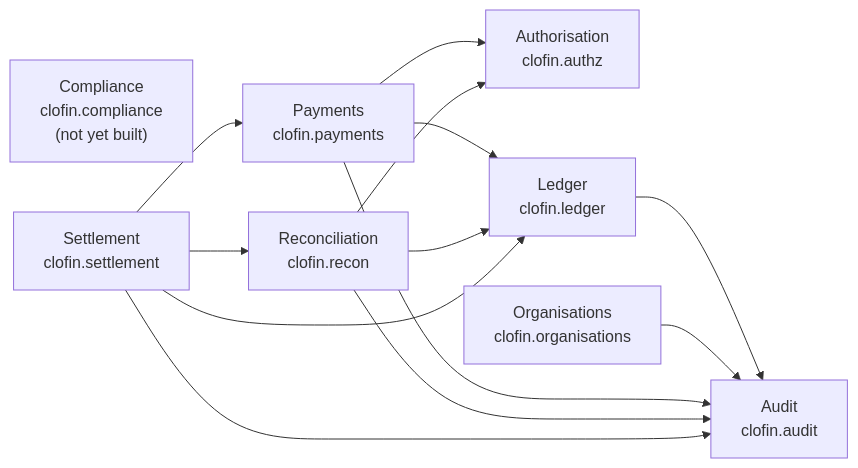
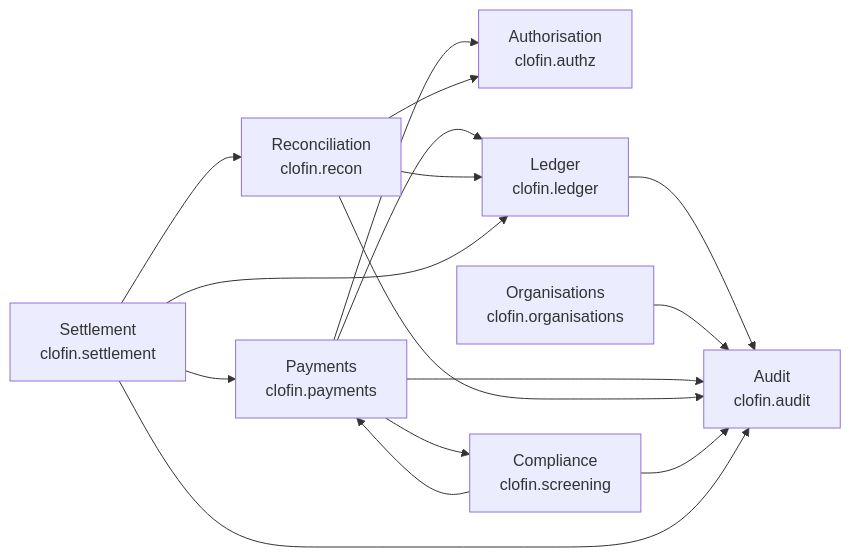
Before and after one commit to EchoJustus/clofin-core: the diagram in docs/diagrams/context-topology.md, drawn with Mermaid. The commit also changed 50 other files, not shown here.

````diff
--- a/docs/diagrams/context-topology.md
+++ b/docs/diagrams/context-topology.md
@@ -13,24 +13,27 @@
 ```mermaid
 flowchart LR
     clofin_audit["Audit<br/>clofin.audit"]
     clofin_authz["Authorisation<br/>clofin.authz"]
-    clofin_compliance["Compliance<br/>clofin.compliance<br/>(not yet built)"]
     clofin_ledger["Ledger<br/>clofin.ledger"]
     clofin_organisations["Organisations<br/>clofin.organisations"]
     clofin_payments["Payments<br/>clofin.payments"]
     clofin_recon["Reconciliation<br/>clofin.recon"]
+    clofin_screening["Compliance<br/>clofin.screening"]
     clofin_settlement["Settlement<br/>clofin.settlement"]
 
     clofin_ledger --> clofin_audit
     clofin_organisations --> clofin_audit
     clofin_payments --> clofin_audit
     clofin_payments --> clofin_authz
     clofin_payments --> clofin_ledger
+    clofin_payments --> clofin_screening
     clofin_recon --> clofin_audit
     clofin_recon --> clofin_authz
     clofin_recon --> clofin_ledger
+    clofin_screening --> clofin_audit
+    clofin_screening --> clofin_payments
     clofin_settlement --> clofin_audit
     clofin_settlement --> clofin_ledger
     clofin_settlement --> clofin_payments
     clofin_settlement --> clofin_recon
 ```
````
